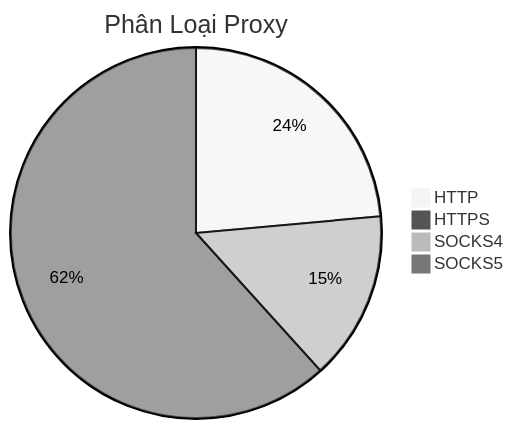
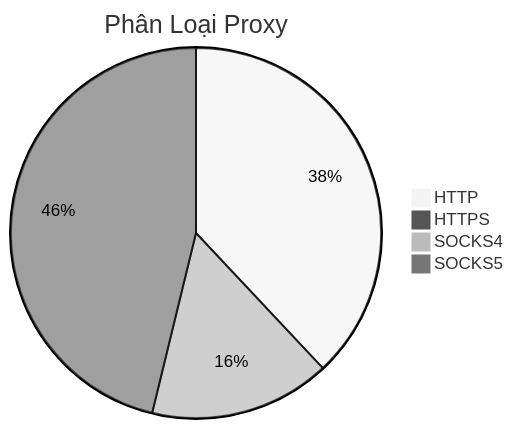
The diagram in README.md (Ciara-12/PROXY-free), drawn with Mermaid (neutral theme) before and after one commit. The commit also changed other lines of this file and 4 other files, not shown here.

````diff
--- a/README.md
+++ b/README.md
@@ -26,7 +26,7 @@
 ```mermaid
 pie title Phân Loại Proxy
-    "HTTP" : 422
-    "HTTPS" : 0
-    "SOCKS4" : 264
-    "SOCKS5" : 1105
+    "HTTP" : 659
+    "HTTPS" : 1
+    "SOCKS4" : 274
+    "SOCKS5" : 801
 ```
````
